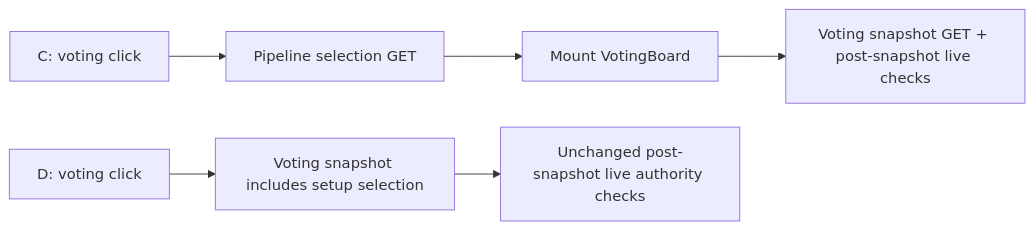
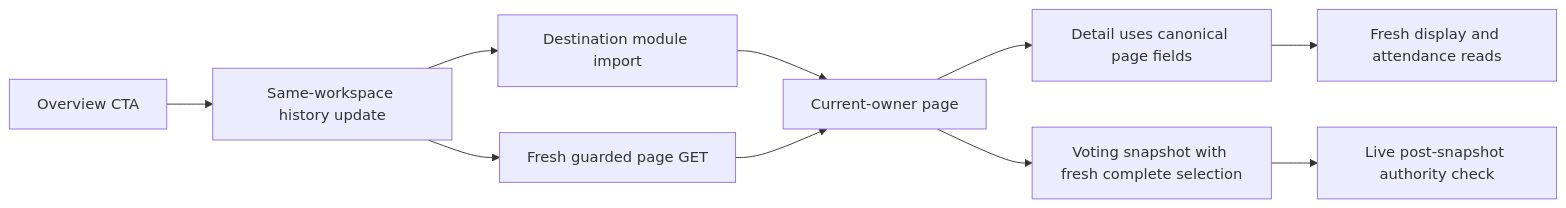
The second of 2 diagrams in docs/performance/pipeline-release-repair/ROOT_CAUSE.md (TheFrtiz22/out-class), drawn with Mermaid before and after one commit. The commit also changed other lines of this file and 512 other files, not shown here.

Commit message:
Seal complete passing pipeline release repair evidence

````diff
--- a/docs/performance/pipeline-release-repair/ROOT_CAUSE.md
+++ b/docs/performance/pipeline-release-repair/ROOT_CAUSE.md
@@ -54,8 +65,12 @@
 ```mermaid
 flowchart LR
-  CC[C: voting click] --> CS[Pipeline selection GET]
-  CS --> CM[Mount VotingBoard]
-  CM --> CV[Voting snapshot GET + post-snapshot live checks]
-  DC[D: voting click] --> DV[Voting snapshot includes setup selection]
-  DV --> DL[Unchanged post-snapshot live authority checks]
+  A[Overview CTA] --> B[Same-workspace history update]
+  B --> C[Destination module import]
+  B --> D[Fresh guarded page GET]
+  C --> E[Current-owner page]
+  D --> E
+  E --> F[Detail uses canonical page fields]
+  F --> G[Fresh display and attendance reads]
+  E --> H[Voting snapshot with fresh complete selection]
+  H --> I[Live post-snapshot authority check]
 ```
````
